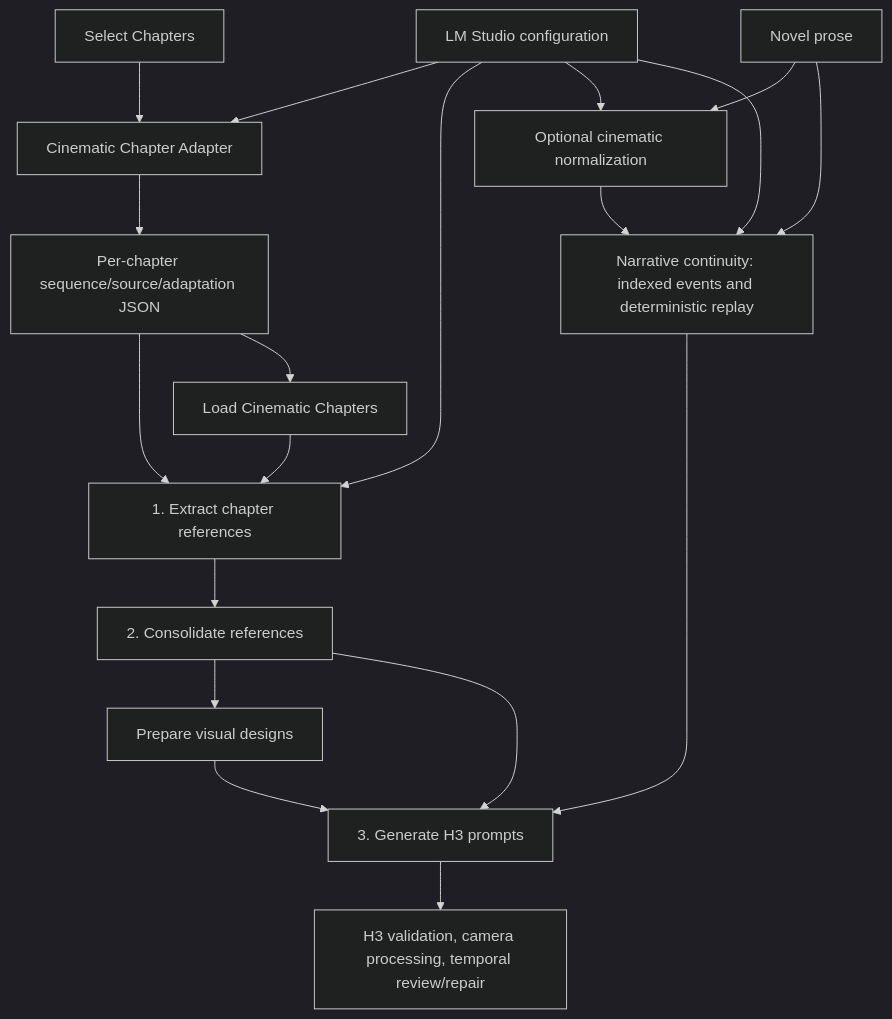
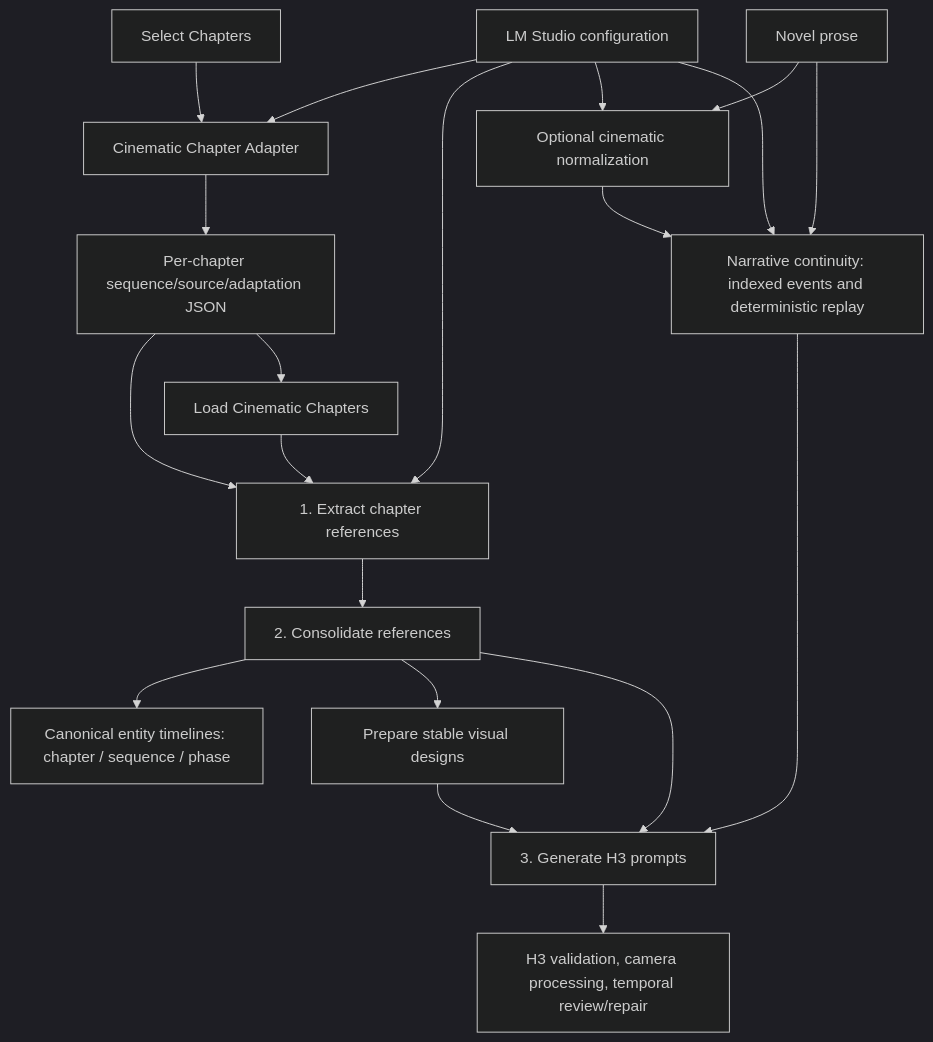
The first of 2 diagrams in docs/architecture.md (yuyuki/ComfyUI-Minimax_H3_Novel_Pipeline), drawn with Mermaid (dark theme) before and after one commit. The commit also changed other lines of this file and 17 other files, not shown here.

First line of the commit message:
Refactor pipeline to enhance timeline management and schema validation

````diff
--- a/docs/architecture.md
+++ b/docs/architecture.md
@@ -9,21 +9,22 @@
 ```mermaid
 flowchart TD
     selector["Select Chapters"] --> adapter["Cinematic Chapter Adapter"]
     config --> adapter
     adapter --> adapted["Per-chapter sequence/source/adaptation JSON"]
     adapted --> extract
     adapted --> loader["Load Cinematic Chapters"]
     loader --> extract
     config["LM Studio configuration"] --> extract["1. Extract chapter references"]
     extract --> consolidate["2. Consolidate references"]
-    consolidate --> designs["Prepare visual designs"]
+    consolidate --> timeline["Canonical entity timelines: chapter / sequence / phase"]
+    consolidate --> designs["Prepare stable visual designs"]
     designs --> generate["3. Generate H3 prompts"]
     consolidate --> generate
     novel["Novel prose"] --> normalize["Optional cinematic normalization"]
     config --> normalize
     normalize --> state["Narrative continuity: indexed events and deterministic replay"]
     novel --> state
     config --> state
     state --> generate
     generate --> review["H3 validation, camera processing, temporal review/repair"]
 ```
````
